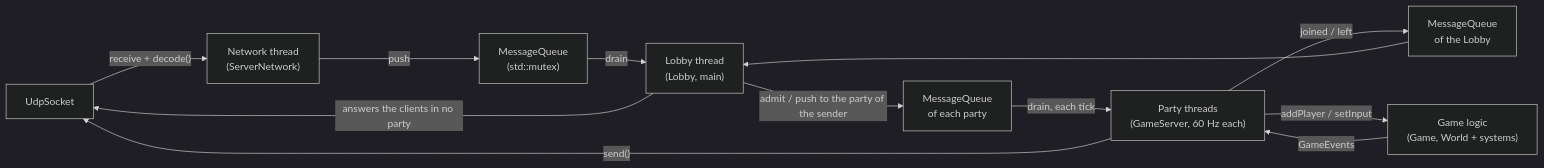
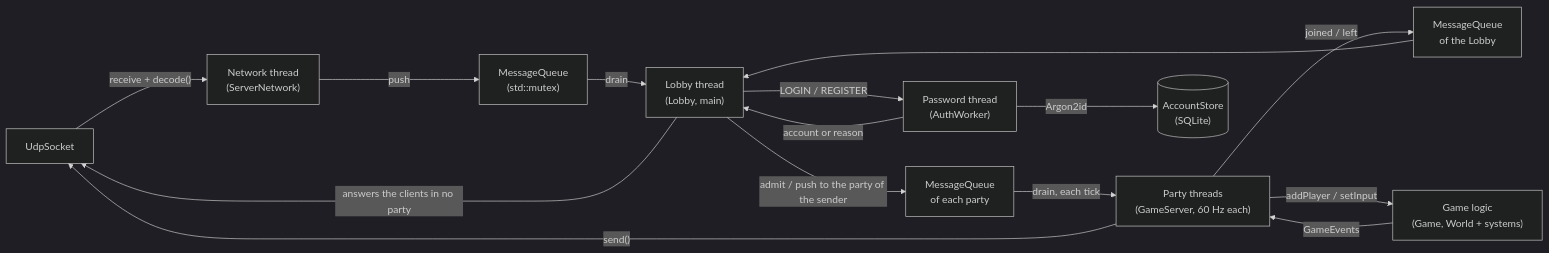
Before and after one commit to Boz0o0/R-Type: the second of 3 diagrams in docs/mkdocs/protocol/implementation.md, drawn with Mermaid (dark theme). The commit also changed other lines of this file and 6 other files, not shown here.

````diff
--- a/docs/mkdocs/protocol/implementation.md
+++ b/docs/mkdocs/protocol/implementation.md
@@ -119,14 +120,17 @@
 ```mermaid
 flowchart LR
     Socket["UdpSocket"] -->|"receive + decode()"| Net["Network thread<br/>(ServerNetwork)"]
     Net -->|"push"| Queue["MessageQueue<br/>(std::mutex)"]
     Queue -->|"drain"| Lobby["Lobby thread<br/>(Lobby, main)"]
     Lobby -->|"answers the clients in no party"| Socket
     Lobby -->|"admit / push to the party of the sender"| Inbox["MessageQueue<br/>of each party"]
     Inbox -->|"drain, each tick"| Server["Party threads<br/>(GameServer, 60 Hz each)"]
     Server -->|"joined / left"| Changes["MessageQueue<br/>of the Lobby"]
     Changes --> Lobby
+    Lobby -->|"LOGIN / REGISTER"| Auth["Password thread<br/>(AuthWorker)"]
+    Auth -->|"account or reason"| Lobby
+    Auth -->|"Argon2id"| Db[("AccountStore<br/>(SQLite)")]
     Server -->|"addPlayer / setInput"| Game["Game logic<br/>(Game, World + systems)"]
     Game -->|"GameEvents"| Server
     Server -->|"send()"| Socket
 ```
````
